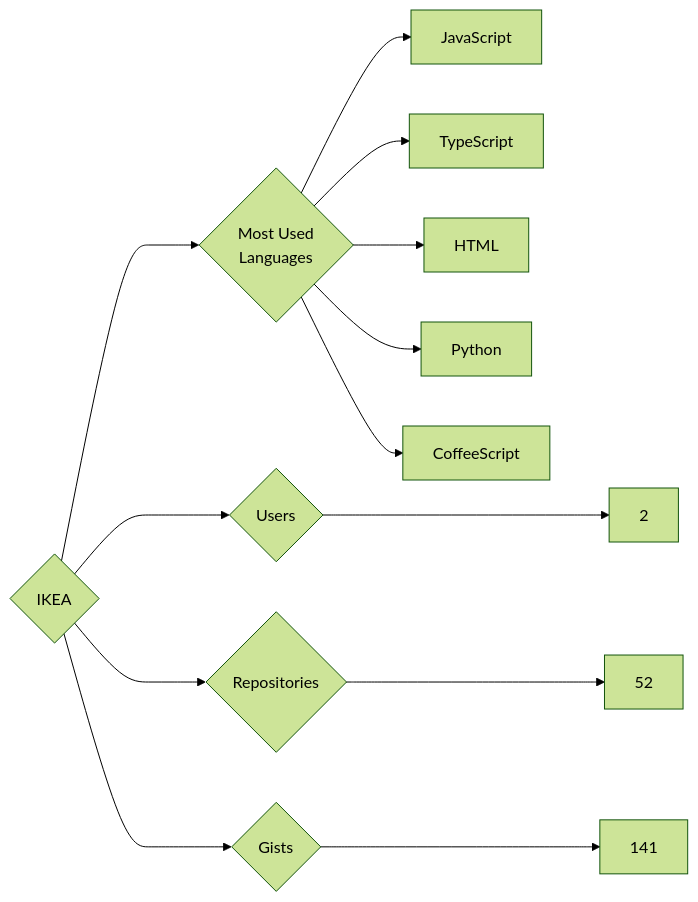
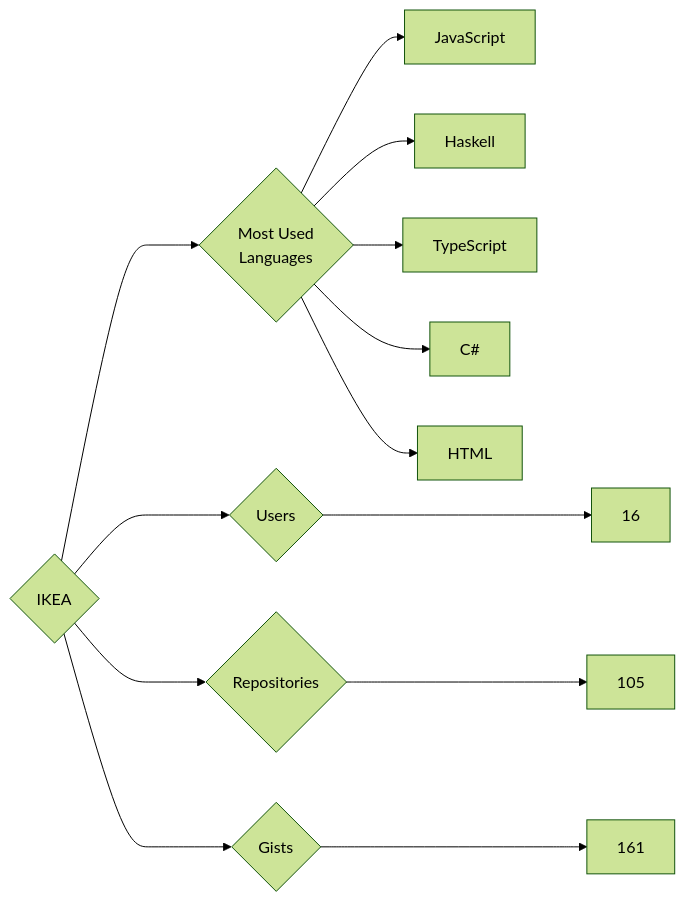
Before and after one commit to trickest/insiders: the diagram in targets/IKEA/README.md, drawn with Mermaid (forest theme). The commit also changed 845 other files, not shown here.

````diff
--- a/targets/IKEA/README.md
+++ b/targets/IKEA/README.md
@@ -3,13 +3,13 @@
 ```mermaid
 graph LR
 COMPANY_NAME{IKEA}
-COMPANY_NAME ---> U{Users} ---> UN[2]
-COMPANY_NAME ---> R{Repositories} ---> RN[52]
-COMPANY_NAME ---> G{Gists} ---> GN[141]
+COMPANY_NAME ---> U{Users} ---> UN[16]
+COMPANY_NAME ---> R{Repositories} ---> RN[105]
+COMPANY_NAME ---> G{Gists} ---> GN[161]
 COMPANY_NAME ---> ML{Most Used<br>Languages}
 ML --> JavaScript[JavaScript]
+ML --> Haskell[Haskell]
 ML --> TypeScript[TypeScript]
+ML --> C#[C#]
 ML --> HTML[HTML]
-ML --> Python[Python]
-ML --> CoffeeScript[CoffeeScript]
 ```
````
